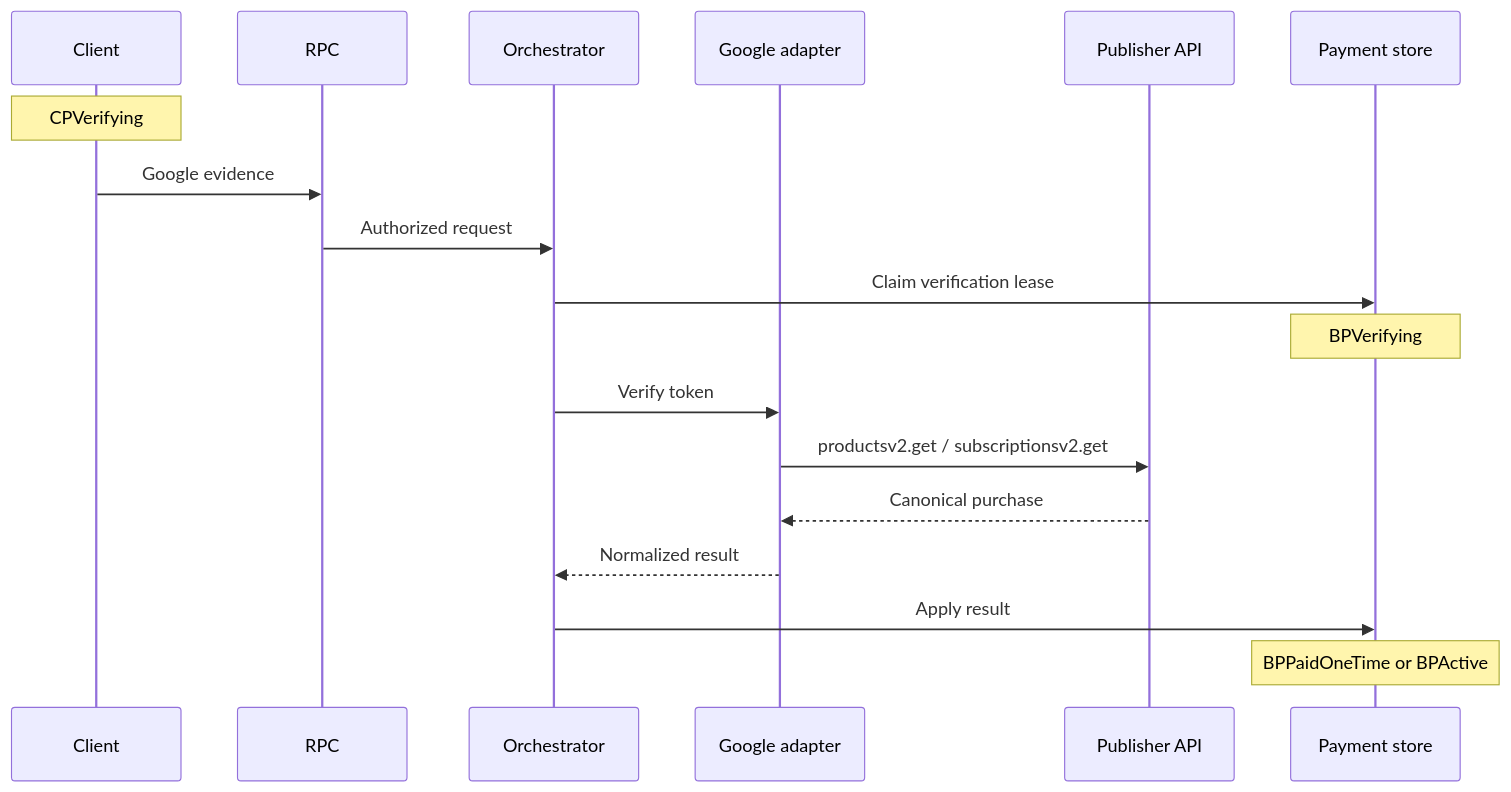
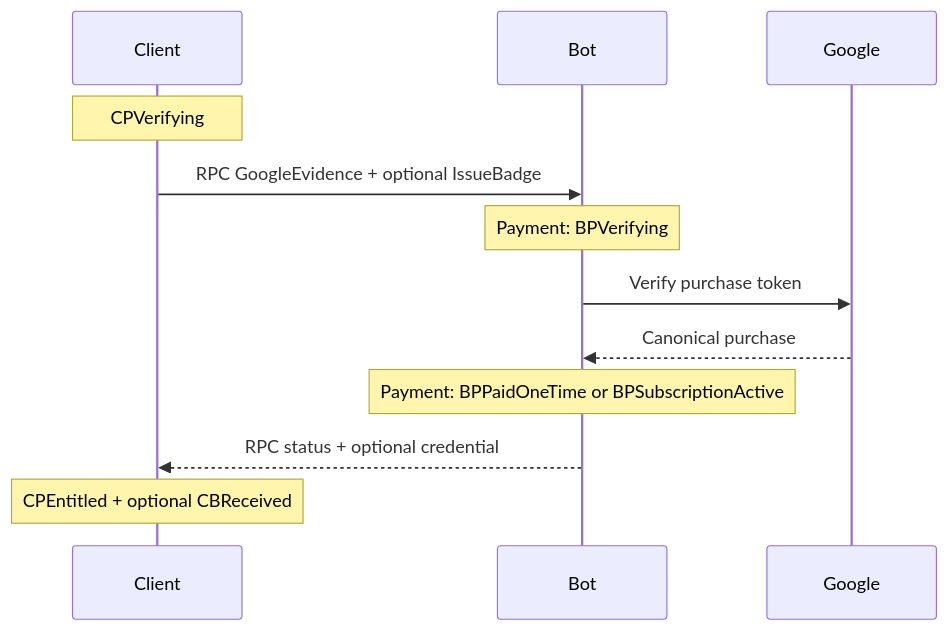
One commit to simplex-chat/simplex-chat changed the fourth of 6 diagrams in plans/2026-07-20-supporter-badges-v2-implementation.md. Above: the diagram before and after it, drawn with Mermaid. The commit also changed other lines of this file and 4 other files, not shown here.

````diff
--- a/plans/2026-07-20-supporter-badges-v2-implementation.md
+++ b/plans/2026-07-20-supporter-badges-v2-implementation.md
@@ -294,20 +275,14 @@
 ```mermaid
 sequenceDiagram
   participant C as Client
-  participant RPC as RPC
-  participant O as Orchestrator
-  participant G as Google adapter
-  participant API as Publisher API
-  participant P as Payment store
+  participant B as Bot
+  participant G as Google
   Note over C: CPVerifying
-  C->>RPC: Google evidence
-  RPC->>O: Authorized request
-  O->>P: Claim verification lease
-  Note over P: BPVerifying
-  O->>G: Verify token
-  G->>API: productsv2.get / subscriptionsv2.get
-  API-->>G: Canonical purchase
-  G-->>O: Normalized result
-  O->>P: Apply result
-  Note over P: BPPaidOneTime or BPActive
+  C->>B: RPC GoogleEvidence + optional IssueBadge
+  Note over B: Payment: BPVerifying
+  B->>G: Verify purchase token
+  G-->>B: Canonical purchase
+  Note over B: Payment: BPPaidOneTime or BPSubscriptionActive
+  B-->>C: RPC status + optional credential
+  Note over C: CPEntitled + optional CBReceived
 ```
````
